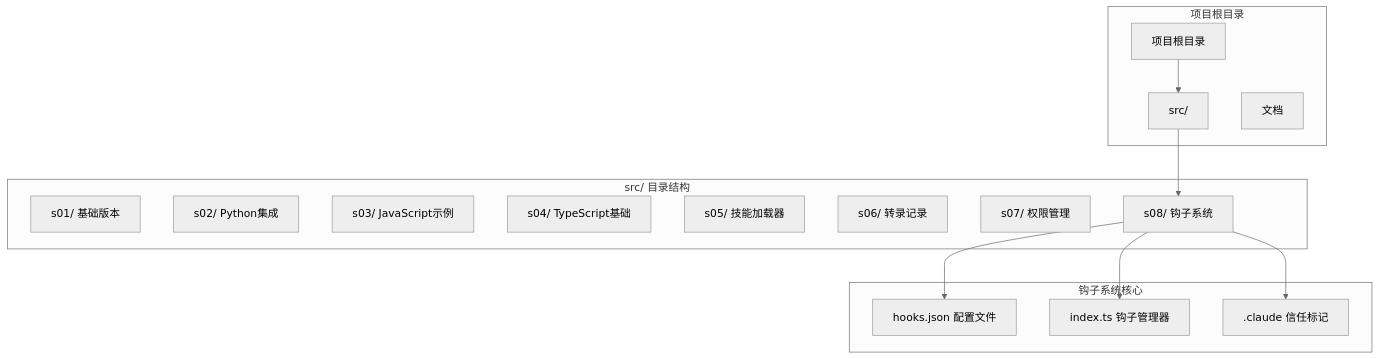
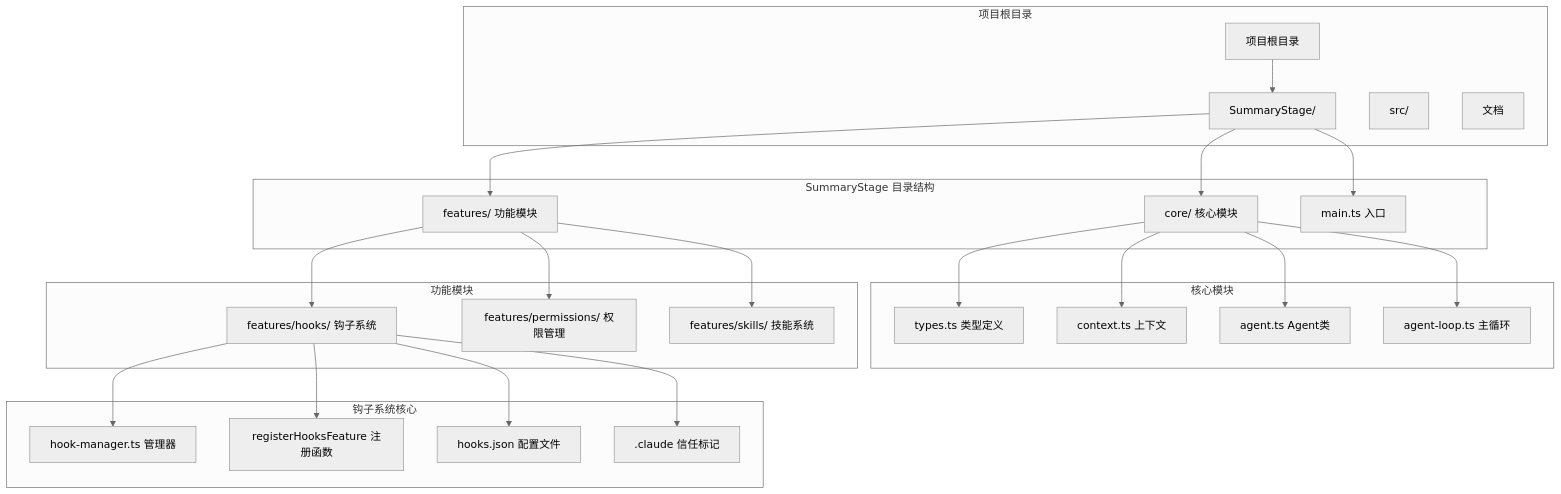
One commit to eurekaYYzero/Mini-Claude-Code changed the first of 9 diagrams in .qoder/repowiki/zh/content/核心功能详解/钩子系统.md. Above: the diagram before and after it, drawn with Mermaid (neutral theme). The commit also changed other lines of this file and 27 other files, not shown here.

````diff
--- a/.qoder/repowiki/zh/content/核心功能详解/钩子系统.md
+++ b/.qoder/repowiki/zh/content/核心功能详解/钩子系统.md
@@ -44,28 +55,46 @@
 ```mermaid
 graph TB
 subgraph "项目根目录"
 Root[项目根目录]
+SummaryStage[SummaryStage/]
 Src[src/]
 Docs[文档]
 end
-subgraph "src/ 目录结构"
-S01[s01/ 基础版本]
-S02[s02/ Python集成]
-S03[s03/ JavaScript示例]
-S04[s04/ TypeScript基础]
-S05[s05/ 技能加载器]
-S06[s06/ 转录记录]
-S07[s07/ 权限管理]
-S08[s08/ 钩子系统]
+subgraph "SummaryStage 目录结构"
+Core[core/ 核心模块]
+Features[features/ 功能模块]
+Main[main.ts 入口]
+end
+subgraph "核心模块"
+Types[types.ts 类型定义]
+Context[context.ts 上下文]
+Agent[agent.ts Agent类]
+AgentLoop[agent-loop.ts 主循环]
+end
+subgraph "功能模块"
+Hooks[features/hooks/ 钩子系统]
+Permissions[features/permissions/ 权限管理]
+Skills[features/skills/ 技能系统]
 end
 subgraph "钩子系统核心"
+HookManager[hook-manager.ts 管理器]
+Register[registerHooksFeature 注册函数]
 HooksJSON[hooks.json 配置文件]
-HooksTS[index.ts 钩子管理器]
 TrustMarker[.claude 信任标记]
 end
-Root --> Src
-Src --> S08
-S08 --> HooksJSON
-S08 --> HooksTS
-S08 --> TrustMarker
+Root --> SummaryStage
+SummaryStage --> Core
+SummaryStage --> Features
+SummaryStage --> Main
+Core --> Types
+Core --> Context
+Core --> Agent
+Core --> AgentLoop
+Features --> Hooks
+Features --> Permissions
+Features --> Skills
+Hooks --> HookManager
+Hooks --> Register
+Hooks --> HooksJSON
+Hooks --> TrustMarker
 ```
````
